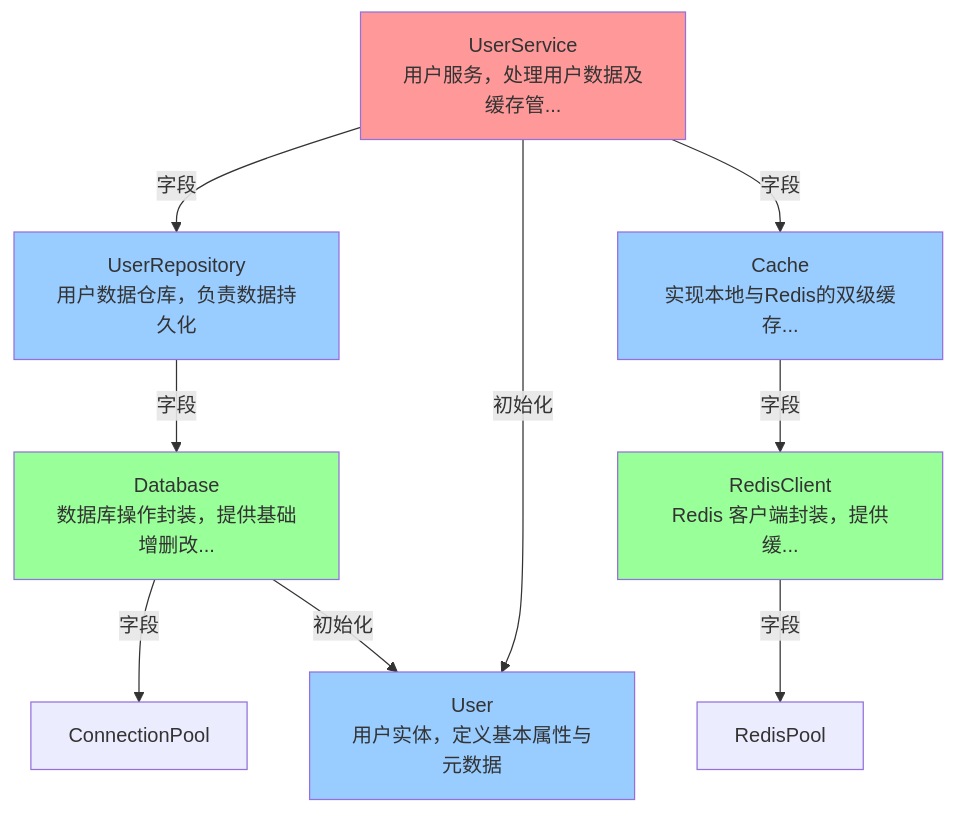
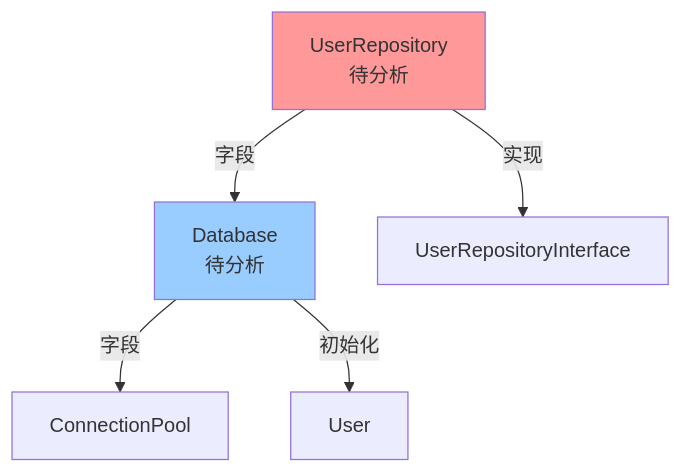
Before and after one commit to qs3c/anal_go_agent: the diagram in analysis_report.md, drawn with Mermaid. The commit also changed other lines of this file and 12 other files, not shown here.

````diff
--- a/analysis_report.md
+++ b/analysis_report.md
@@ -216,25 +90,13 @@
 ```mermaid
 graph TD
-    UserService["UserService<br/>用户服务，处理用户数据及缓存管..."]
-    UserRepository["UserRepository<br/>用户数据仓库，负责数据持久化"]
-    Cache["Cache<br/>实现本地与Redis的双级缓存..."]
-    User["User<br/>用户实体，定义基本属性与元数据"]
-    Database["Database<br/>数据库操作封装，提供基础增删改..."]
-    RedisClient["RedisClient<br/>Redis 客户端封装，提供缓..."]
+    UserRepository["UserRepository<br/>待分析"]
+    Database["Database<br/>待分析"]
 
-    UserService -->|字段| UserRepository
-    UserService -->|字段| Cache
-    UserService -->|初始化| User
     UserRepository -->|字段| Database
-    Cache -->|字段| RedisClient
+    UserRepository -->|实现| UserRepositoryInterface
     Database -->|字段| ConnectionPool
     Database -->|初始化| User
-    RedisClient -->|字段| RedisPool
 
-    style UserService fill:#ff9999
-    style UserRepository fill:#99ccff
-    style Cache fill:#99ccff
-    style User fill:#99ccff
-    style Database fill:#99ff99
-    style RedisClient fill:#99ff99
+    style UserRepository fill:#ff9999
+    style Database fill:#99ccff
 ```
````
